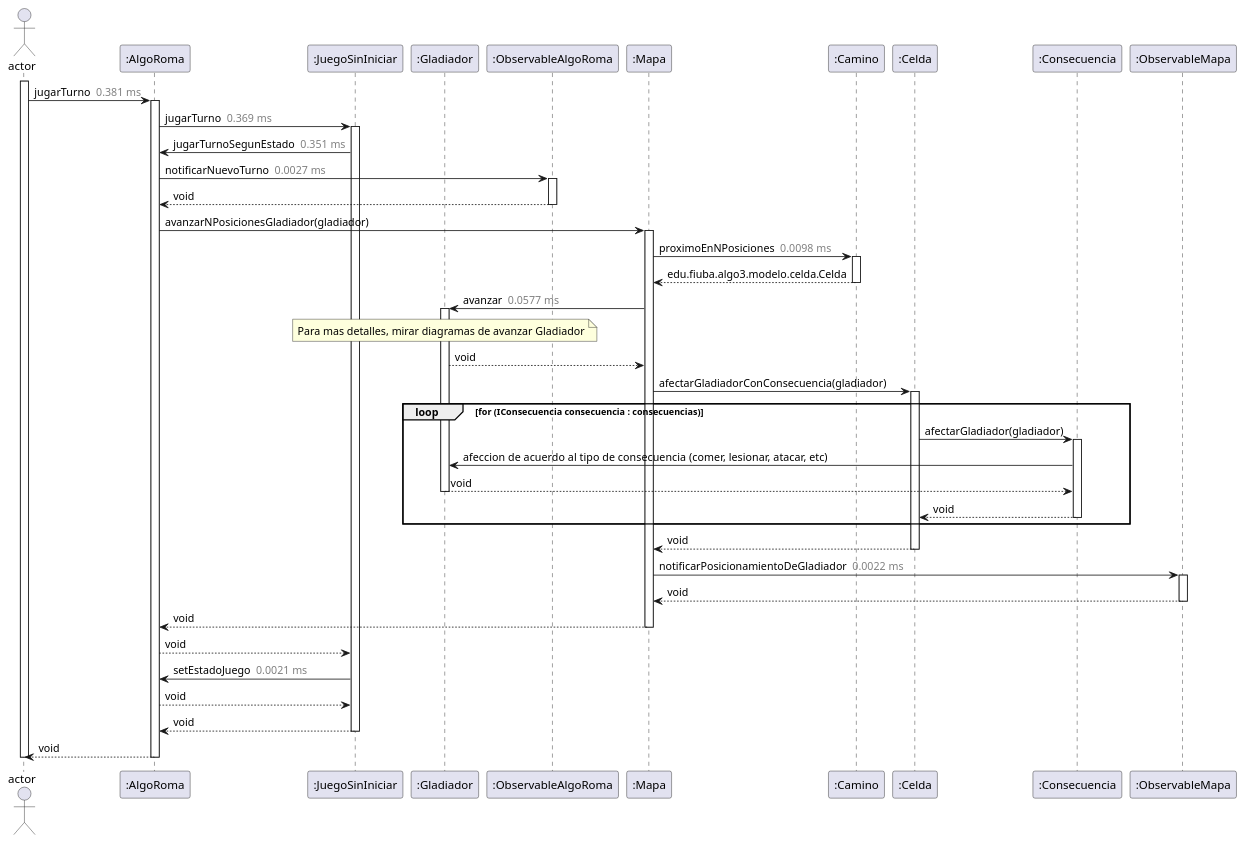
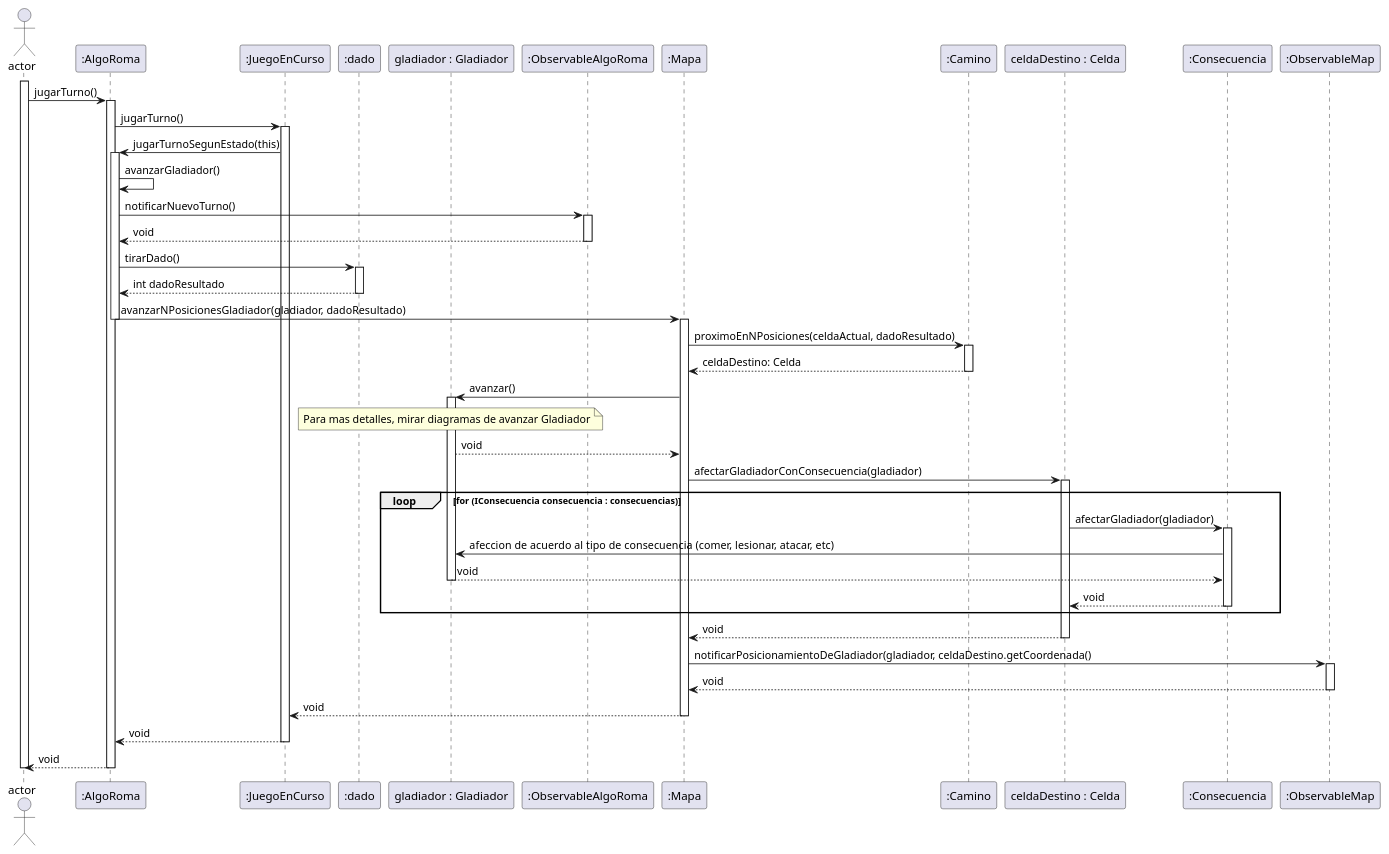
One commit to RodriguezNazareno56/FIUBA-Algo3-TP2 changed the diagram in diagrams/sequences/JugadorUnTurnoDiagramaCompletoSinDetallesDelGladiador.plantuml. Above: the diagram before and after it, drawn with PlantUML. The commit also changed 2 other files, not shown here.

Commit message:
diagramas de secuencia para jugar turno y para cargar los json

```diff
--- a/diagrams/sequences/JugadorUnTurnoDiagramaCompletoSinDetallesDelGladiador.plantuml
+++ b/diagrams/sequences/JugadorUnTurnoDiagramaCompletoSinDetallesDelGladiador.plantuml
@@ -1,61 +1,66 @@
 @startuml
 actor Actor as "actor"
 participant AlgoRoma as ":AlgoRoma"
-participant JuegoSinIniciar as ":JuegoSinIniciar"
-participant Gladiador as ":Gladiador"
+participant JuegoEnCurso as ":JuegoEnCurso"
+participant Dado as ":dado"
+participant Gladiador as "gladiador : Gladiador"
 participant ObservableAlgoRoma as ":ObservableAlgoRoma"
 participant Mapa as ":Mapa"
 participant Camino as ":Camino"
-participant Celda as ":Celda"
+participant Celda as "celdaDestino : Celda"
 participant Consecuencia as ":Consecuencia"
-participant ObservableMapa as ":ObservableMapa"
+participant ObservableMapa as ":ObservableMap"
 
   activate Actor
-    Actor->AlgoRoma: jugarTurno <color:gray> 0.381 ms</color>
+    Actor->AlgoRoma: jugarTurno()
     activate AlgoRoma
-      AlgoRoma->JuegoSinIniciar: jugarTurno <color:gray> 0.369 ms</color>
-      activate JuegoSinIniciar
-        JuegoSinIniciar->AlgoRoma: jugarTurnoSegunEstado <color:gray> 0.351 ms</color>
-          AlgoRoma->ObservableAlgoRoma: notificarNuevoTurno <color:gray> 0.0027 ms</color>
+      AlgoRoma->JuegoEnCurso: jugarTurno()
+      activate JuegoEnCurso
+        JuegoEnCurso->AlgoRoma: jugarTurnoSegunEstado(this)
+          activate AlgoRoma
+          AlgoRoma->AlgoRoma: avanzarGladiador()
+          AlgoRoma->ObservableAlgoRoma: notificarNuevoTurno()
           activate ObservableAlgoRoma
           AlgoRoma<--ObservableAlgoRoma: void
           deactivate ObservableAlgoRoma
-          AlgoRoma->Mapa: avanzarNPosicionesGladiador(gladiador)
+          AlgoRoma->Dado: tirarDado()
+          activate Dado
+          Dado-->AlgoRoma: int dadoResultado
+          deactivate Dado
+          AlgoRoma->Mapa: avanzarNPosicionesGladiador(gladiador, dadoResultado)
+          deactivate AlgoRoma
           activate Mapa
-            Mapa->Camino: proximoEnNPosiciones <color:gray> 0.0098 ms</color>
+            Mapa->Camino: proximoEnNPosiciones(celdaActual, dadoResultado)
             activate Camino
-            Mapa<--Camino: edu.fiuba.algo3.modelo.celda.Celda
+            Mapa<--Camino: celdaDestino: Celda
             deactivate Camino
-            Mapa->Gladiador: avanzar <color:gray> 0.0577 ms</color>
+            Mapa->Gladiador: avanzar()
             activate Gladiador
             note over Gladiador: Para mas detalles, mirar diagramas de avanzar Gladiador
             Mapa<--Gladiador: void
             Mapa->Celda: afectarGladiadorConConsecuencia(gladiador)
             loop for (IConsecuencia consecuencia : consecuencias)
             activate Celda
               Celda->Consecuencia: afectarGladiador(gladiador)
               activate Consecuencia
               Consecuencia->Gladiador: afeccion de acuerdo al tipo de consecuencia (comer, lesionar, atacar, etc)
               Gladiador-->Consecuencia: void
               deactivate Gladiador
               Consecuencia-->Celda: void
               deactivate Consecuencia
             end
             Mapa<--Celda: void
             deactivate Celda
-            Mapa->ObservableMapa: notificarPosicionamientoDeGladiador <color:gray> 0.0022 ms</color>
+            Mapa->ObservableMapa: notificarPosicionamientoDeGladiador(gladiador, celdaDestino.getCoordenada()
             activate ObservableMapa
             Mapa<--ObservableMapa: void
             deactivate ObservableMapa
-          AlgoRoma<--Mapa: void
+          JuegoEnCurso<--Mapa: void
           deactivate Mapa
-        JuegoSinIniciar<--AlgoRoma: void
-        JuegoSinIniciar->AlgoRoma: setEstadoJuego <color:gray> 0.0021 ms</color>
-        JuegoSinIniciar<--AlgoRoma: void
-      AlgoRoma<--JuegoSinIniciar: void
-      deactivate JuegoSinIniciar
+      AlgoRoma<--JuegoEnCurso: void
+      deactivate JuegoEnCurso
     Actor<--AlgoRoma: void
     deactivate AlgoRoma
 
   deactivate Actor
 @enduml
```
